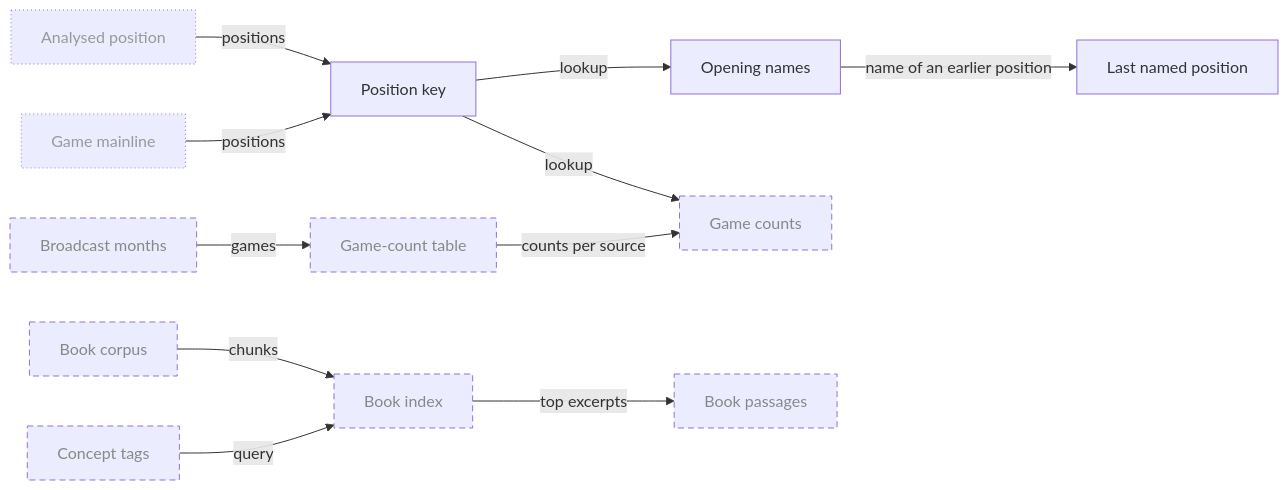
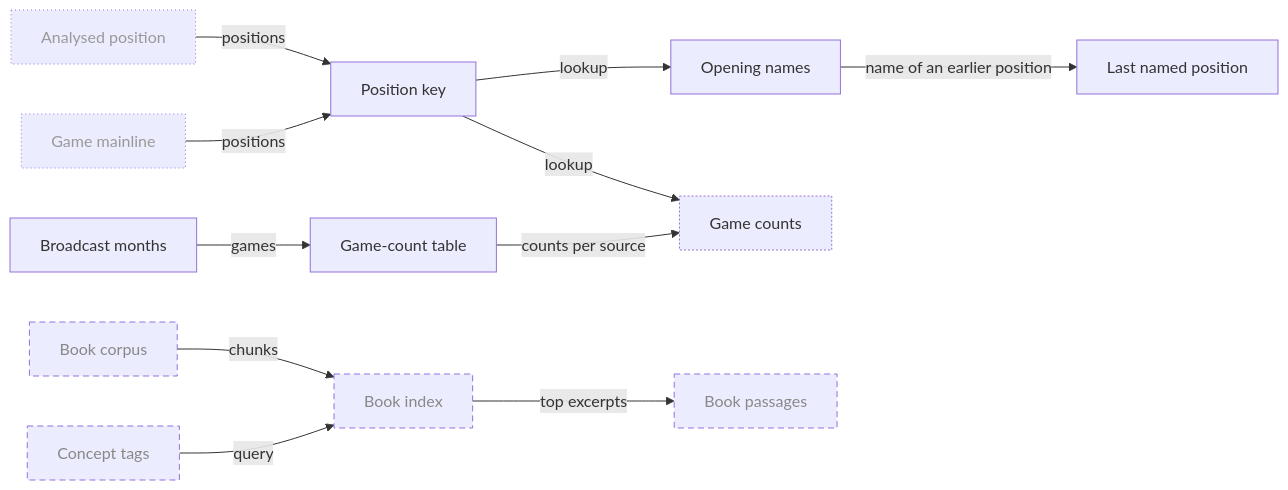
Before and after one commit to aurja/ChessWhy: the ninth of 21 diagrams in Planning/DBC/CONCEPTS.md, drawn with Mermaid. The commit also changed other lines of this file and 120 other files, not shown here.

````diff
--- a/Planning/DBC/CONCEPTS.md
+++ b/Planning/DBC/CONCEPTS.md
@@ -384,28 +384,29 @@
 ```mermaid
 flowchart LR
     AnalysedPosition["Analysed position"]
     GameMainline["Game mainline"]
     BroadcastMonths["Broadcast months"]
     PositionKey["Position key"]
     OpeningNames["Opening names"]
     LastNamed["Last named position"]
     GameTable["Game-count table"]
     GameCounts["Game counts"]
     BookCorpus["Book corpus"]
     BookIndex["Book index"]
     ConceptTags["Concept tags"]
     BookPassages["Book passages"]
     AnalysedPosition & GameMainline -->|positions| PositionKey
     PositionKey -->|lookup| OpeningNames & GameCounts
     OpeningNames -->|name of an earlier position| LastNamed
     BroadcastMonths -->|games| GameTable
     GameTable -->|counts per source| GameCounts
     BookCorpus -->|chunks| BookIndex
     ConceptTags -->|query| BookIndex
     BookIndex -->|top excerpts| BookPassages
     classDef planned stroke-dasharray:6 4,color:#888
     classDef partial stroke-dasharray:2 2
     classDef external stroke-dasharray:1 3,color:#999
     class AnalysedPosition,GameMainline external
-    class BroadcastMonths,GameTable,GameCounts,BookCorpus,BookIndex,ConceptTags,BookPassages planned
+    class BookCorpus,BookIndex,ConceptTags,BookPassages planned
+    class GameCounts partial
 ```
````
